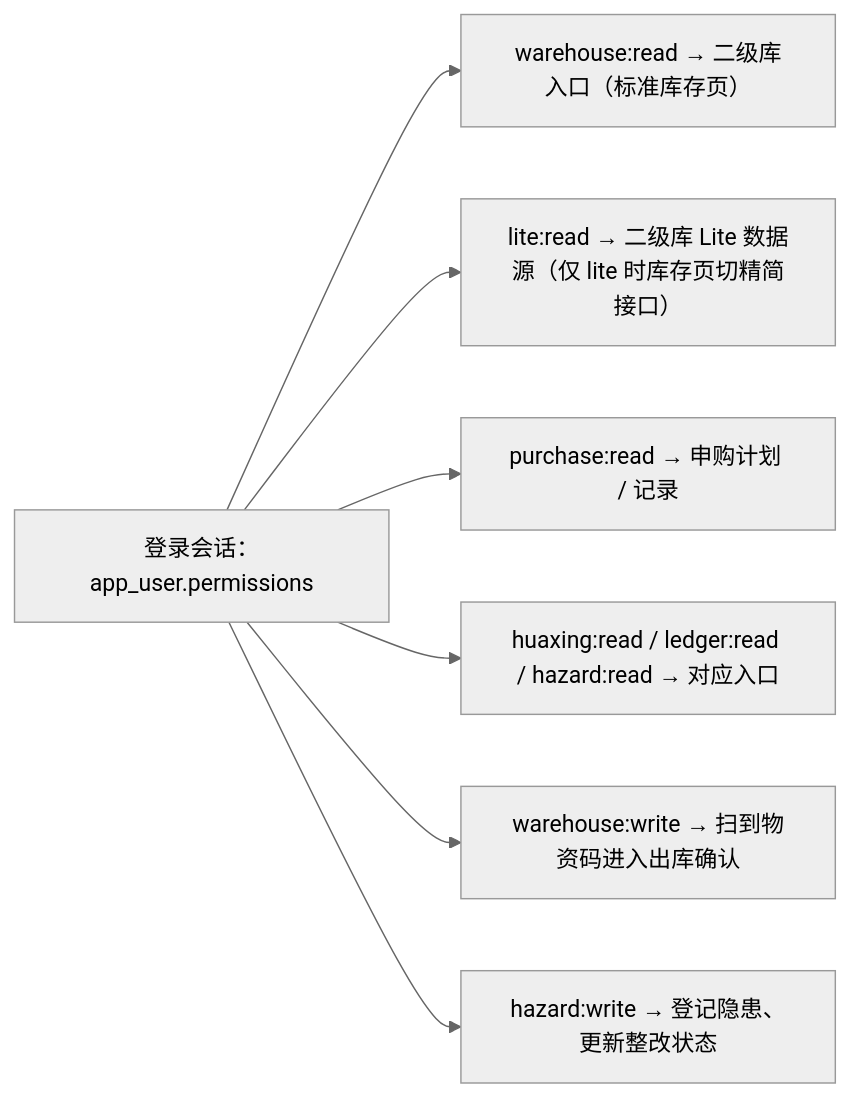
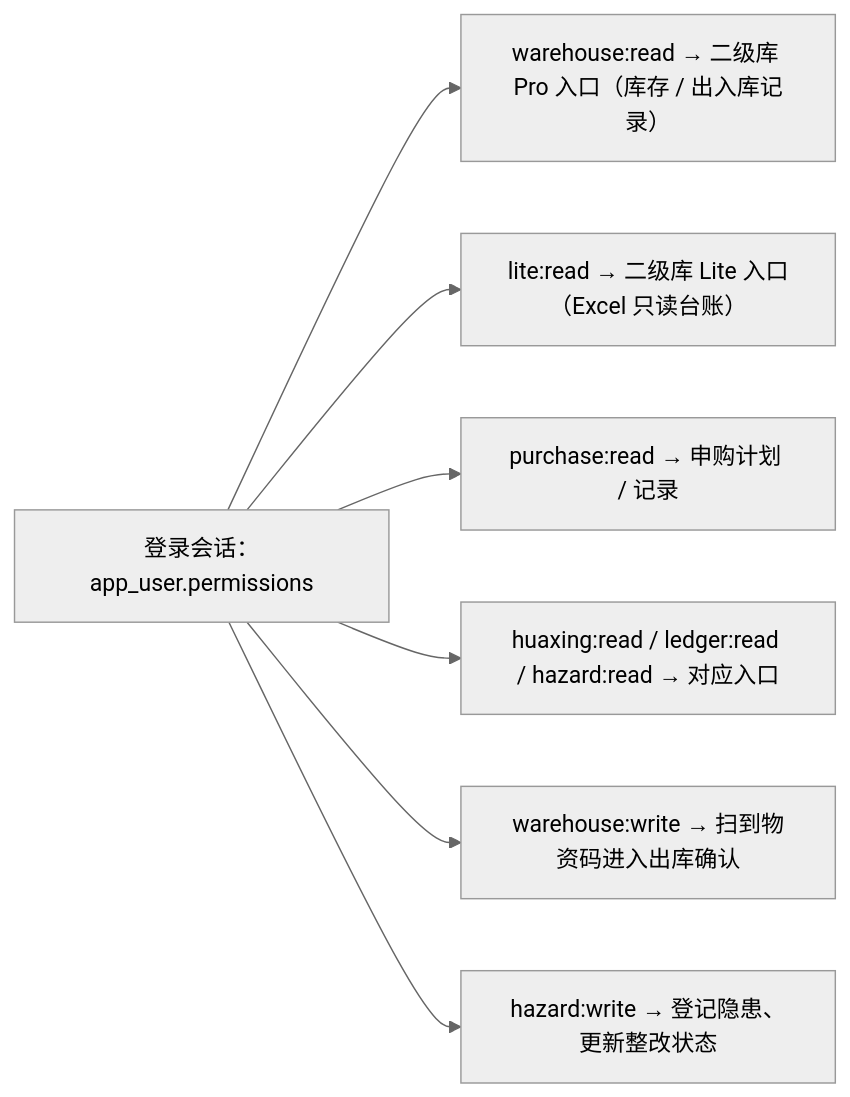
Before and after one commit to Sakana-1314/Electrical-Manager: the tenth of 10 diagrams in docs/websites/pages/dev-architecture.md, drawn with Mermaid (neutral theme). The commit also changed other lines of this file and 23 other files, not shown here.

Commit message:
feat: 小程序二级库 Pro / Lite 双入口并回迁出入库记录 (#497)

````diff
--- a/docs/websites/pages/dev-architecture.md
+++ b/docs/websites/pages/dev-architecture.md
@@ -1162,9 +1162,9 @@
 ```mermaid
 flowchart LR
-    U["登录会话：app_user.permissions"] --> R1["warehouse:read → 二级库入口（标准库存页）"]
-    U --> R1b["lite:read → 二级库 Lite 数据源（仅 lite 时库存页切精简接口）"]
+    U["登录会话：app_user.permissions"] --> R1["warehouse:read → 二级库 Pro 入口（库存 / 出入库记录）"]
+    U --> R1b["lite:read → 二级库 Lite 入口（Excel 只读台账）"]
     U --> R2["purchase:read → 申购计划 / 记录"]
     U --> R3["huaxing:read / ledger:read / hazard:read → 对应入口"]
     U --> W1["warehouse:write → 扫到物资码进入出库确认"]
     U --> W2["hazard:write → 登记隐患、更新整改状态"]
 ```
````
